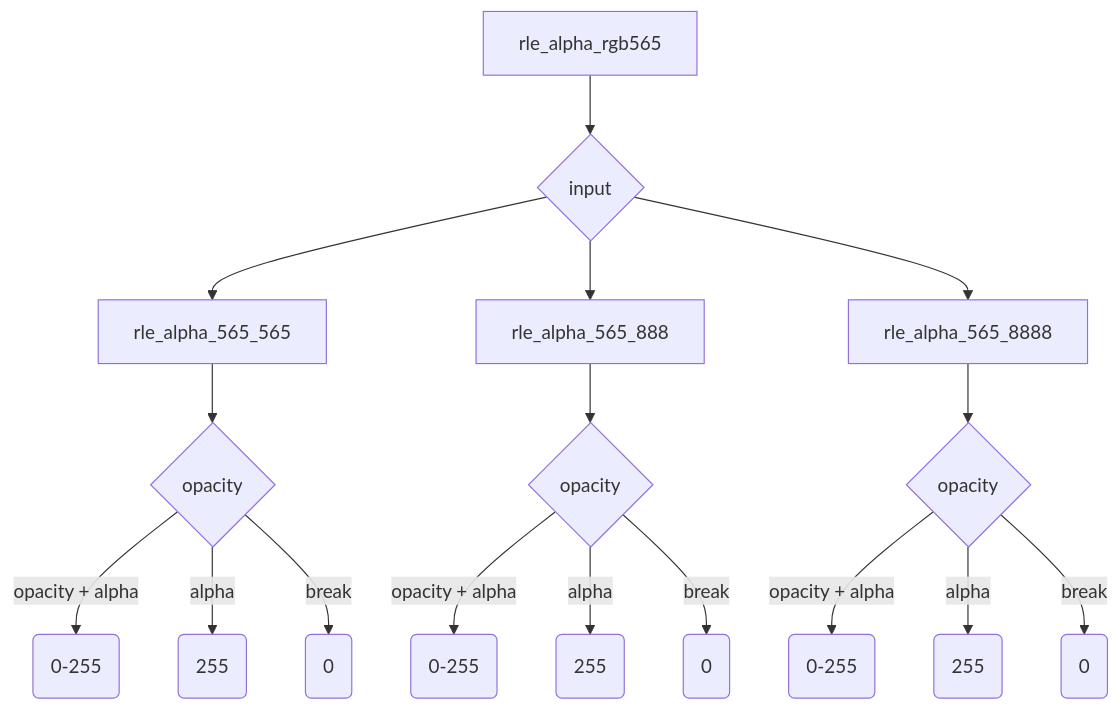
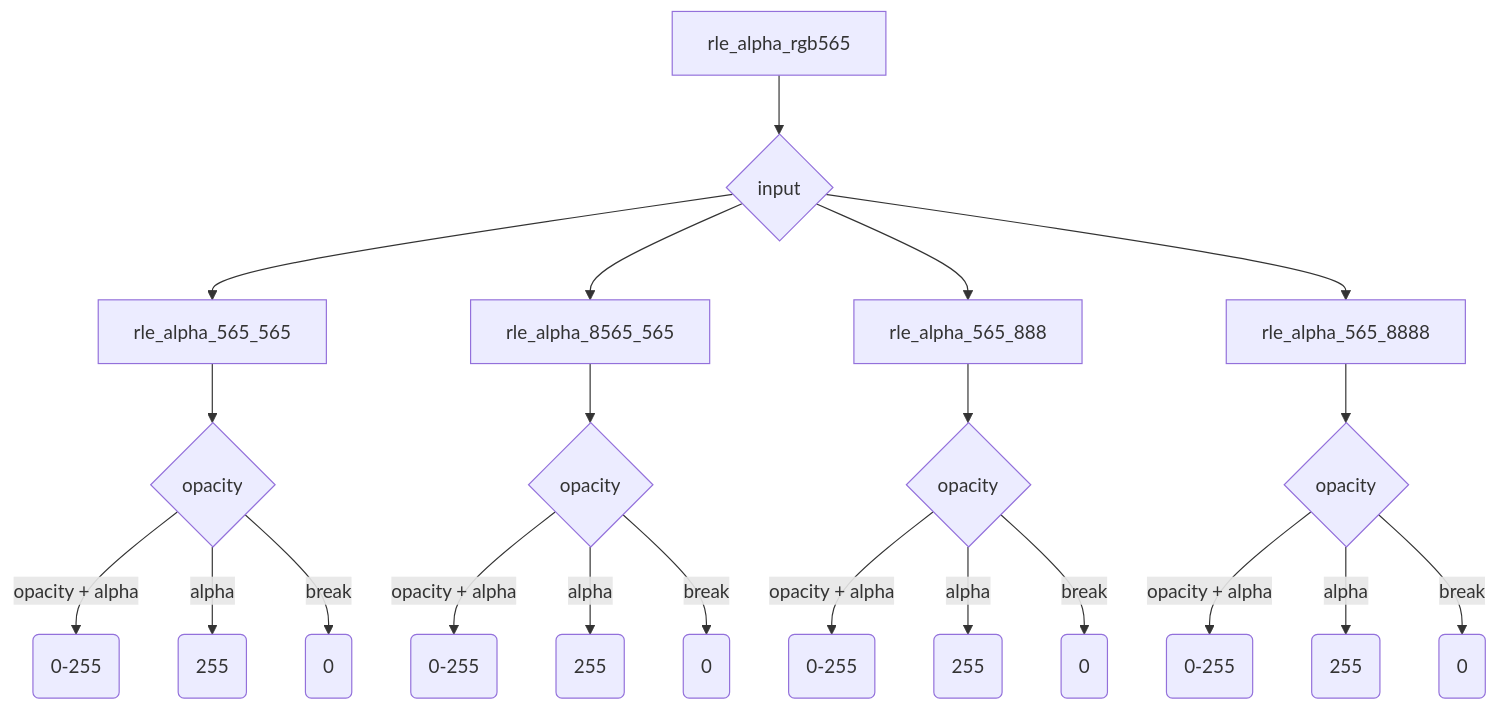
Diagram 18 of 19 in doc/source/Design/index.md (realmcu/HoneyGUI), drawn with Mermaid before and after one commit. The commit also changed other lines of this file, not shown here.

Commit message:
GUI: sw doc add alpha blend argb8565 mode

````diff
--- a/doc/source/Design/index.md
+++ b/doc/source/Design/index.md
@@ -593,19 +603,24 @@
 ```{mermaid}
 graph TD
 rle_alpha_rgb565 --> rle_alpha_565{input}
 rle_alpha_565 --> | |rle_alpha_565_565
 rle_alpha_565_565 --> rle_alpha_opacity_case565{opacity}
 rle_alpha_opacity_case565 --> |opacity + alpha| rle_alpha_opacity_value0_255(0-255)
 rle_alpha_opacity_case565 --> |alpha|rle_alpha_opacity_value255(255)
 rle_alpha_opacity_case565 --> |break|rle_alpha_opacity_value0(0)
+rle_alpha_565 --> | |rle_alpha_8565_565
+rle_alpha_8565_565 --> rle_alpha_opacity_case8565{opacity}
+rle_alpha_opacity_case8565 --> |opacity + alpha| rle_alpha_opacity_argb8565value0_255(0-255)
+rle_alpha_opacity_case8565 --> |alpha|rle_alpha_opacity_argb8565value255(255)
+rle_alpha_opacity_case8565 --> |break|rle_alpha_opacity_argb8565value0(0)
 rle_alpha_565 --> | |rle_alpha_565_888
 rle_alpha_565_888--> rle_alpha_opacity_case888{opacity}
 rle_alpha_opacity_case888 --> |opacity + alpha|rle_alpha_opacity_value888_0_255(0-255)
 rle_alpha_opacity_case888 --> |alpha|rle_alpha_opacity_value888_255(255)
 rle_alpha_opacity_case888 --> |break|rle_alpha_opacity_value888_0(0)
 rle_alpha_565 --> | |rle_alpha_565_8888
 rle_alpha_565_8888 --> rle_alpha_opacity_case8888{opacity}
 rle_alpha_opacity_case8888 --> |opacity + alpha|rle_alpha_opacity_value8888_0_255(0-255)
 rle_alpha_opacity_case8888 --> |alpha|rle_alpha_opacity_value8888_255(255)
 rle_alpha_opacity_case8888 --> |break|rle_alpha_opacity_value8888_0(0)
 ```
````
